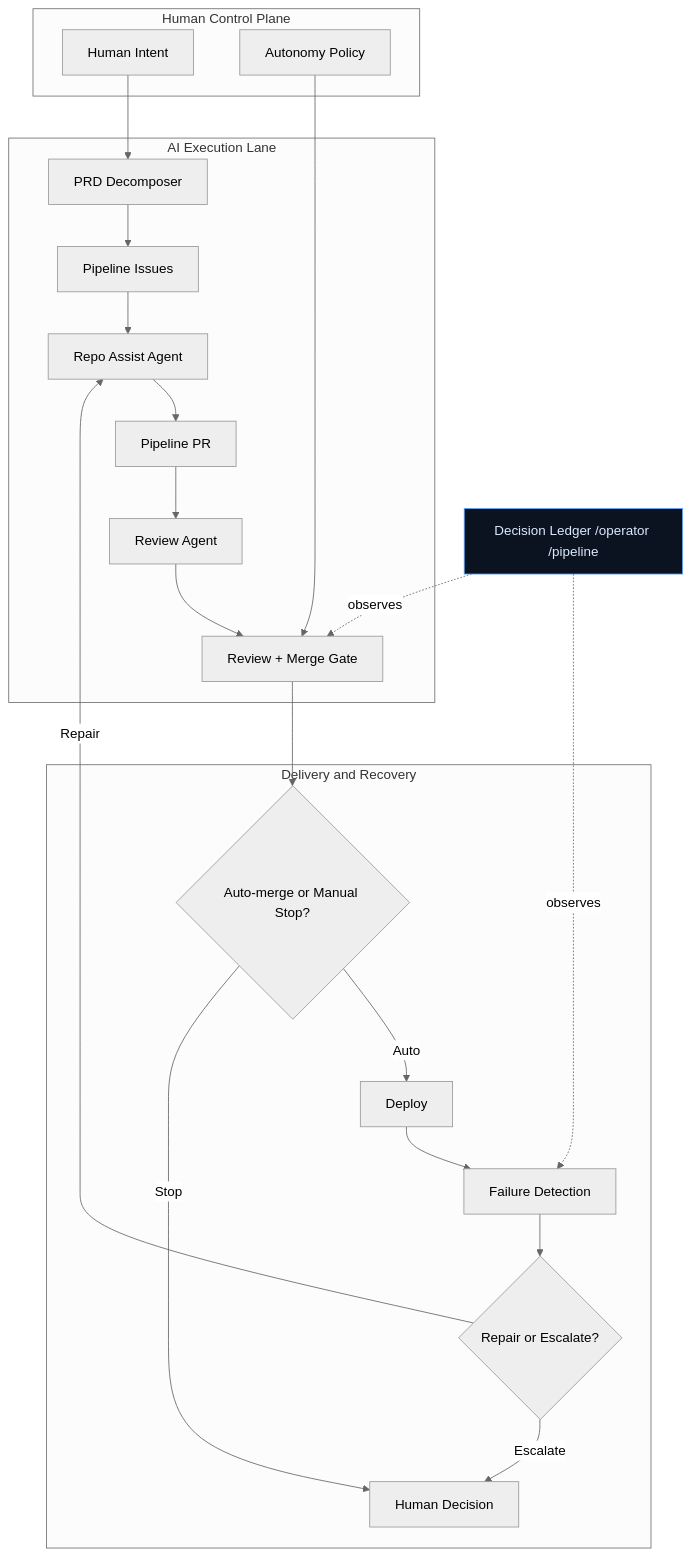
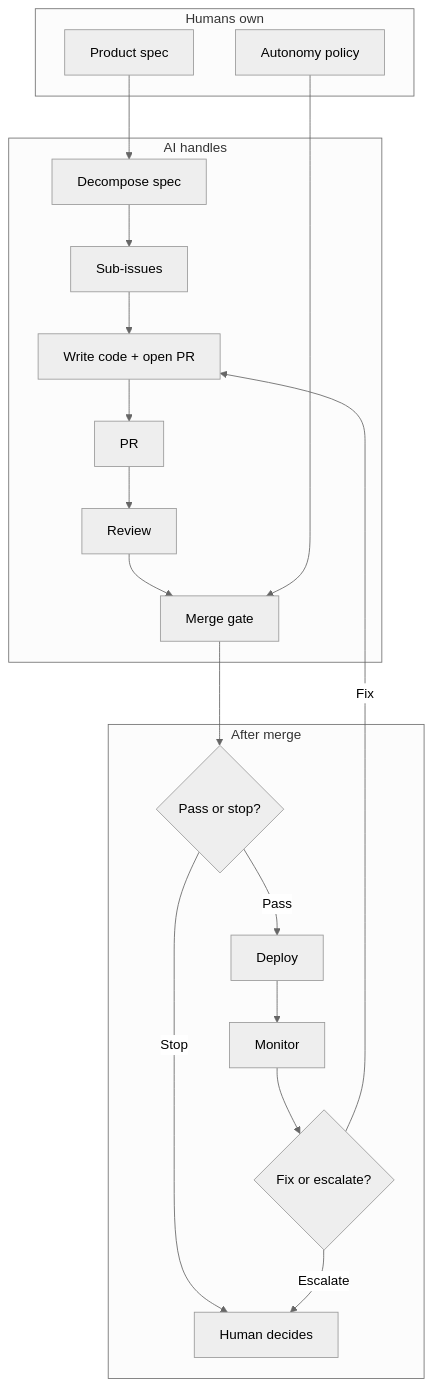
Before and after one commit to samuelkahessay/prd-to-prod: the diagram in README.md, drawn with Mermaid (neutral theme). The commit also changed other lines of this file and 19 other files, not shown here.

````diff
--- a/README.md
+++ b/README.md
@@ -18,39 +12,33 @@
 ```mermaid
 flowchart TD
-  subgraph C["Human Control Plane<br/>&nbsp;"]
-
-    H["Human Intent"]
-    P["Autonomy Policy"]
+  subgraph C["Humans own"]
+    H["Product spec"]
+    P["Autonomy policy"]
   end
 
-  subgraph E["AI Execution Lane<br/>"]
-    D["PRD Decomposer"] --> I["Pipeline Issues"]
-    I --> A["Repo Assist Agent"]
-    A --> PR["Pipeline PR"]
-    PR --> RV["Review Agent"]
-    RV --> R["Review + Merge Gate"]
+  subgraph E["AI handles"]
+    D["Decompose spec"] --> I["Sub-issues"]
+    I --> A["Write code + open PR"]
+    A --> PR["PR"]
+    PR --> RV["Review"]
+    RV --> R["Merge gate"]
   end
 
-  subgraph O["Delivery and Recovery<br/>"]
-    M{"Auto-merge or Manual Stop?"}
+  subgraph O["After merge"]
+    M{"Pass or stop?"}
     S["Deploy"]
-    F["Failure Detection"]
-    X{"Repair or Escalate?"}
-    HD["Human Decision"]
+    F["Monitor"]
+    X{"Fix or escalate?"}
+    HD["Human decides"]
   end
 
   H --> D
   P --> R
   R --> M
-  M -->|Auto| S
+  M -->|Pass| S
   M -->|Stop| HD
   S --> F
   F --> X
-  X -->|Repair| A
+  X -->|Fix| A
   X -->|Escalate| HD
-
-  L["Decision Ledger /operator /pipeline"]:::observe -. observes .-> R
-  L -. observes .-> F
-
-  classDef observe fill:#0b1220,stroke:#60a5fa,color:#dbeafe;
 ```
````
